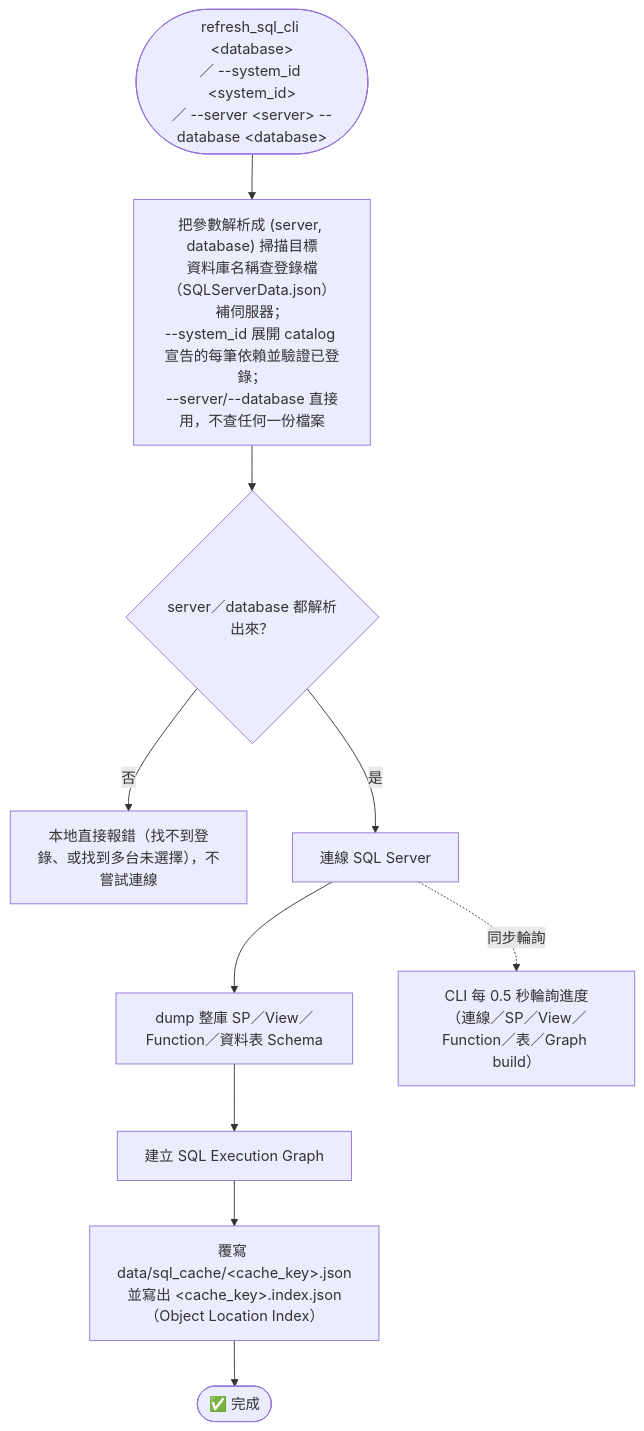
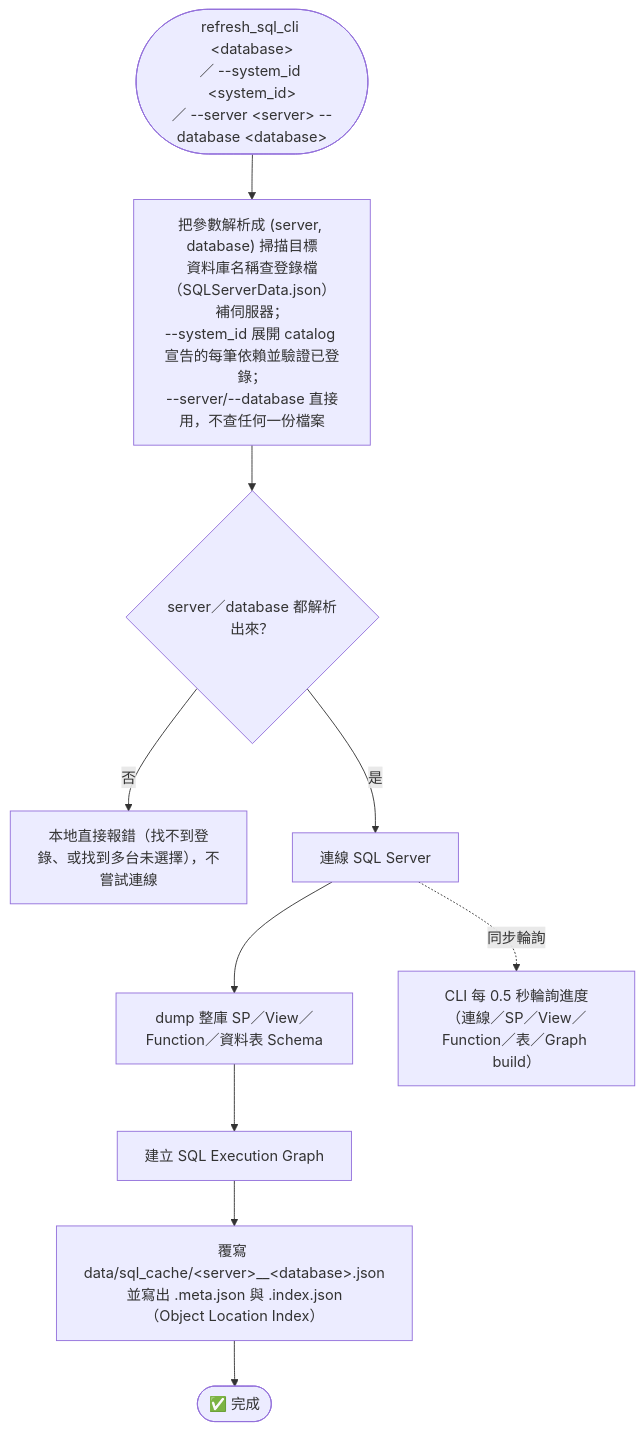
One commit to vy088772/Impact_analysis_system changed the fourth of 4 diagrams in docs/流程圖.md. Above: the diagram before and after it, drawn with Mermaid. The commit also changed other lines of this file and 3 other files, not shown here.

````diff
--- a/docs/流程圖.md
+++ b/docs/流程圖.md
@@ -109,13 +116,13 @@
 ```mermaid
 flowchart TD
     Start(["refresh_sql_cli &lt;database&gt;<br/>／ --system_id &lt;system_id&gt;<br/>／ --server &lt;server&gt; --database &lt;database&gt;"]) --> Resolve["把參數解析成 (server, database) 掃描目標<br/>資料庫名稱查登錄檔（SQLServerData.json）補伺服器；<br/>--system_id 展開 catalog 宣告的每筆依賴並驗證已登錄；<br/>--server/--database 直接用，不查任何一份檔案"]
     Resolve --> Check{"server／database 都解析出來？"}
     Check -- 否 --> ClientErr["本地直接報錯（找不到登錄、或找到多台未選擇），不嘗試連線"]
     Check -- 是 --> Connect["連線 SQL Server"]
     Connect --> Dump["dump 整庫 SP／View／Function／資料表 Schema"]
     Dump --> Build["建立 SQL Execution Graph"]
-    Build --> Save["覆寫 data/sql_cache/&lt;cache_key&gt;.json<br/>並寫出 &lt;cache_key&gt;.index.json<br/>（Object Location Index）"]
+    Build --> Save["覆寫 data/sql_cache/&lt;server&gt;__&lt;database&gt;.json<br/>並寫出 .meta.json 與 .index.json<br/>（Object Location Index）"]
     Save --> Done(["✅ 完成"])
 
     Connect -.同步輪詢.-> Poll["CLI 每 0.5 秒輪詢進度<br/>（連線／SP／View／Function／表／Graph build）"]
 ```
````
